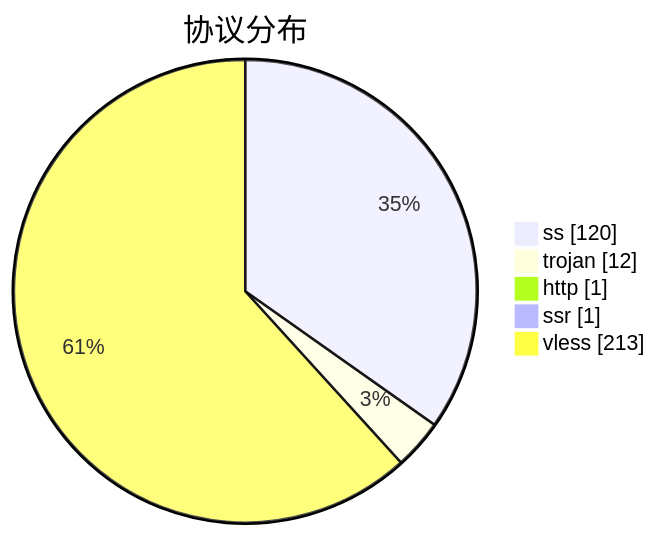
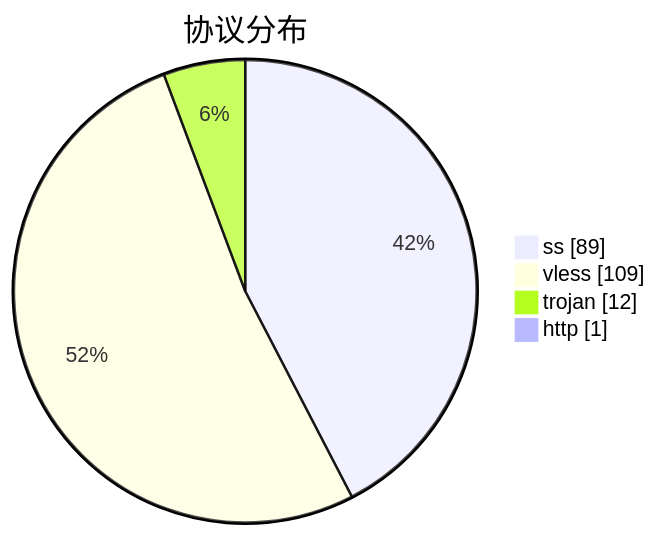
The third of 3 diagrams in subs/statistics/tested_within.md (qjlxg/airport), drawn with Mermaid before and after one commit. The commit also changed other lines of this file and 2 other files, not shown here.

````diff
--- a/subs/statistics/tested_within.md
+++ b/subs/statistics/tested_within.md
@@ -44,9 +35,8 @@
 ```mermaid
 pie showData
 title 协议分布
-"ss" : 120
+"ss" : 89
+"vless" : 109
 "trojan" : 12
 "http" : 1
-"ssr" : 1
-"vless" : 213
 ```
````
